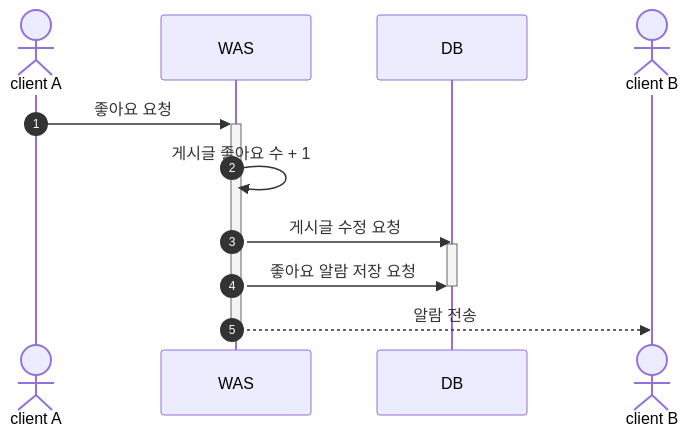
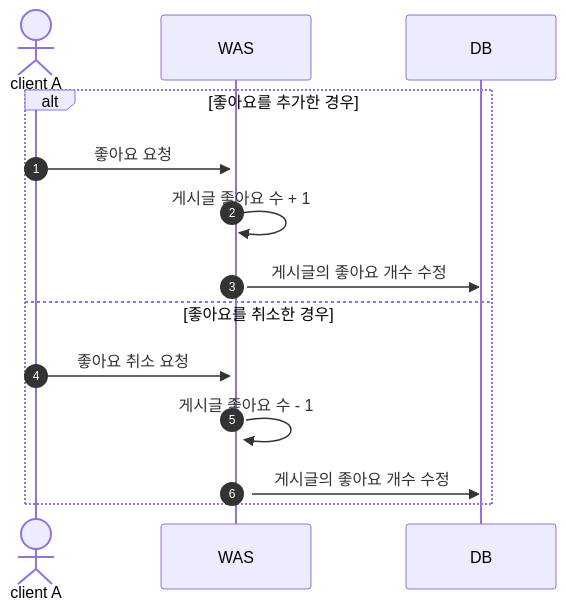
Before and after one commit to JadeKim042386/My3D: the sixth of 7 diagrams in README.md, drawn with Mermaid. The commit also changed other lines of this file, not shown here.

Commit message:
doc: update README.md - Flow Chart 수정

````diff
--- a/README.md
+++ b/README.md
@@ -192,13 +170,14 @@
 ```mermaid
   sequenceDiagram
     autonumber
     actor client A
-    client A ->>+ WAS: 좋아요 요청 
-    WAS ->> WAS: 게시글 좋아요 수 + 1
-    WAS ->> DB: 게시글 수정 요청
-    activate DB
-    WAS ->> DB: 좋아요 알람 저장 요청
-    deactivate DB
-    actor client B
-    WAS -->>- client B: 알람 전송
+    alt 좋아요를 추가한 경우
+        client A ->>+ WAS: 좋아요 요청
+        WAS ->> WAS: 게시글 좋아요 수 + 1
+        WAS ->> DB: 게시글의 좋아요 개수 수정
+    else 좋아요를 취소한 경우
+        client A ->>+ WAS: 좋아요 취소 요청
+        WAS ->> WAS: 게시글 좋아요 수 - 1
+        WAS ->> DB: 게시글의 좋아요 개수 수정
+    end
 ```
````
